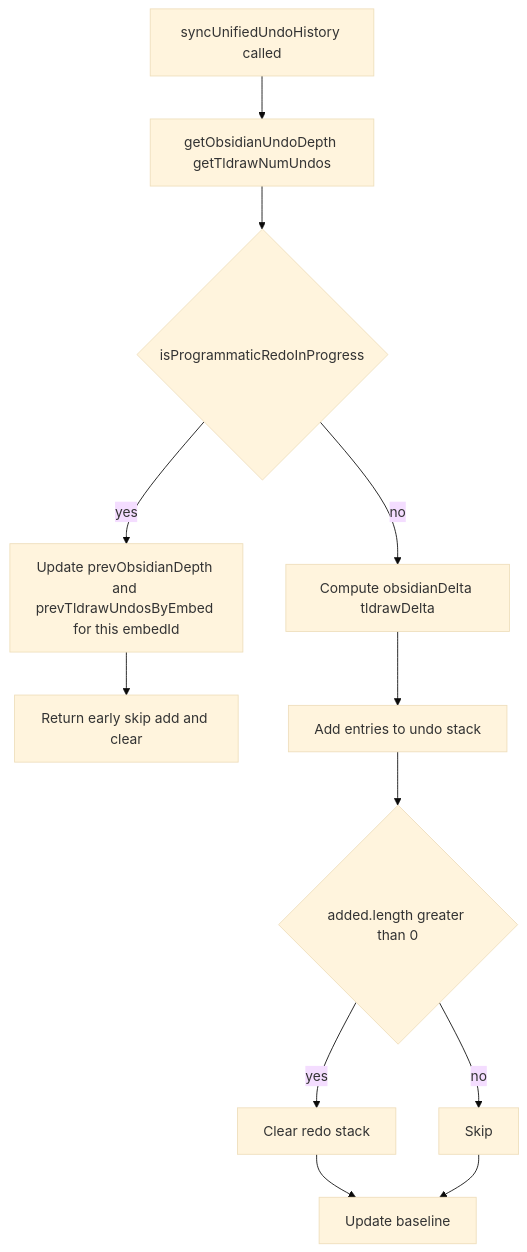
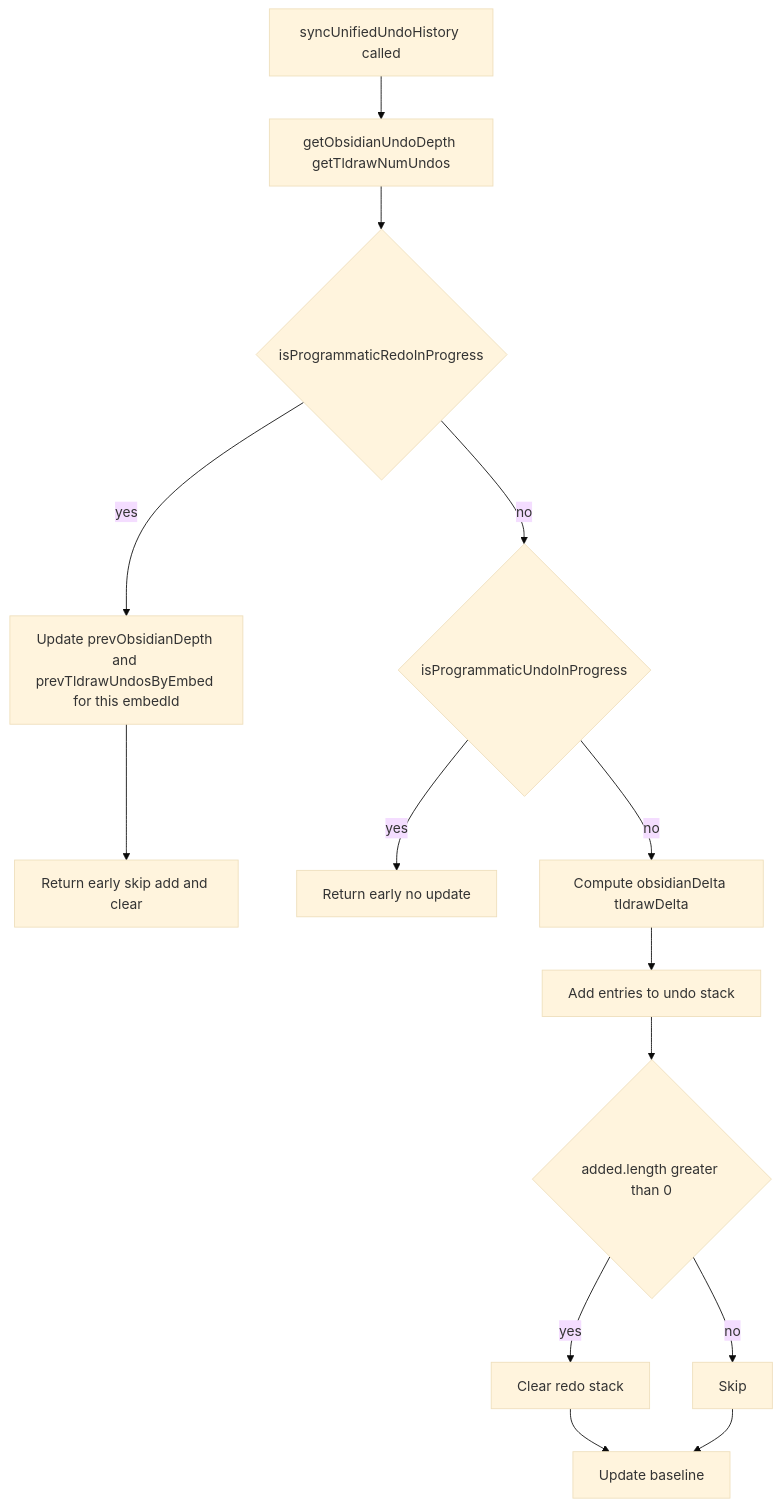
Before and after one commit to daledesilva/obsidian_ink: the third of 6 diagrams in docs/undo-redo-implementation.md, drawn with Mermaid (base theme). The commit also changed other lines of this file and 7 other files, not shown here.

````diff
--- a/docs/undo-redo-implementation.md
+++ b/docs/undo-redo-implementation.md
@@ -74,14 +82,16 @@
 ```mermaid
 flowchart TD
     A[syncUnifiedUndoHistory called] --> B[getObsidianUndoDepth getTldrawNumUndos]
     B --> C{isProgrammaticRedoInProgress}
     C -->|yes| D[Update prevObsidianDepth and prevTldrawUndosByEmbed for this embedId]
     D --> E[Return early skip add and clear]
-    C -->|no| F[Compute obsidianDelta tldrawDelta]
+    C -->|no| C2{isProgrammaticUndoInProgress}
+    C2 -->|yes| E2[Return early no update]
+    C2 -->|no| F[Compute obsidianDelta tldrawDelta]
     F --> G[Add entries to undo stack]
     G --> H{added.length greater than 0}
     H -->|yes| I[Clear redo stack]
     H -->|no| J[Skip]
     I --> K[Update baseline]
     J --> K
 ```
````
